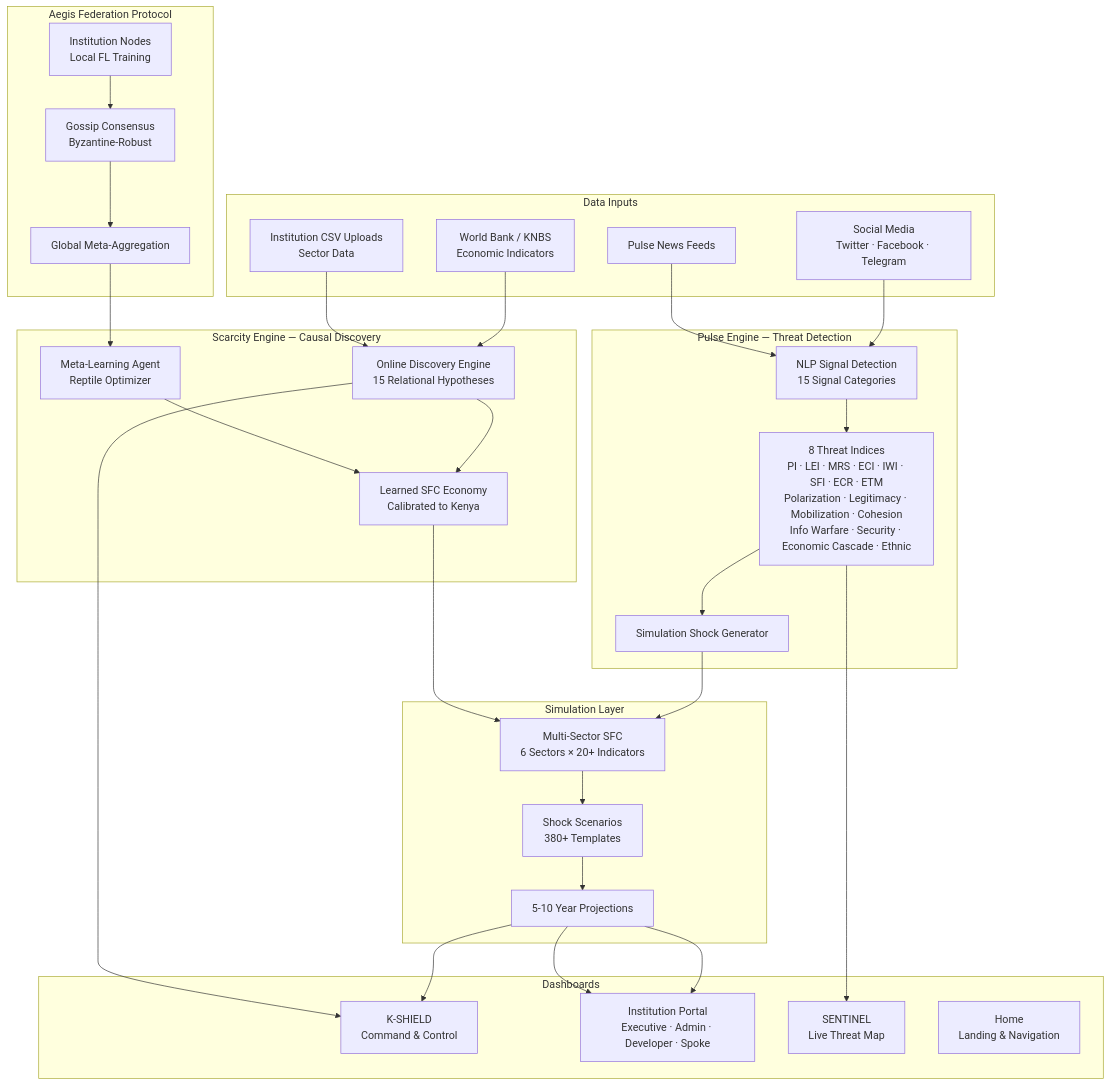
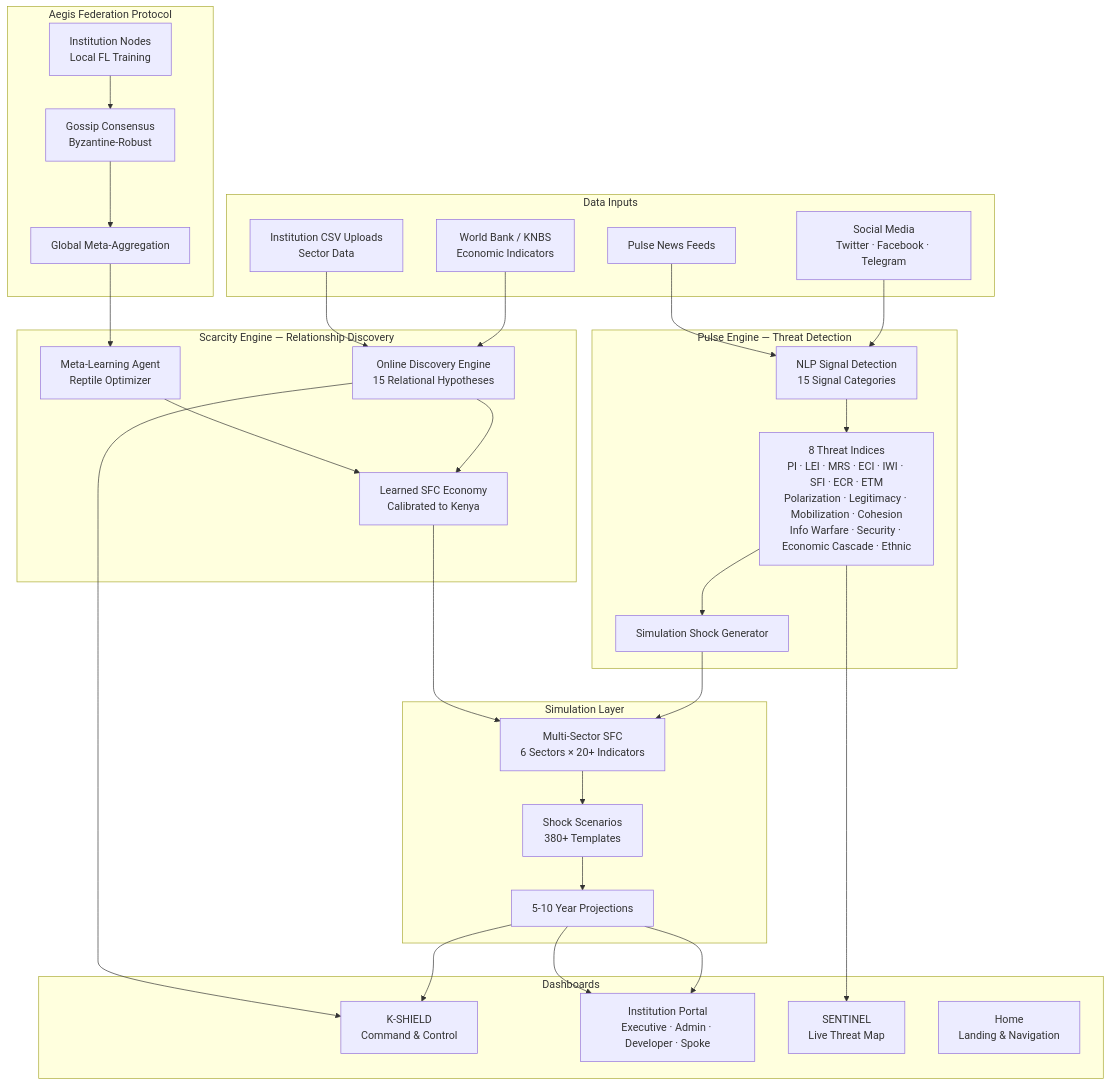
One commit to Omega-Makena/KScarcity changed the diagram in README.md. Above: the diagram before and after it, drawn with Mermaid. The commit also changed other lines of this file, not shown here.

First line of the commit message:
docs: reframe Scarcity Engine section around the hypothesis-survival paradigm

````diff
--- a/README.md
+++ b/README.md
@@ -11,65 +11,65 @@
 ```mermaid
 flowchart TD
     subgraph Inputs["Data Inputs"]
         A1[Social Media\nTwitter · Facebook · Telegram]
         A2[World Bank / KNBS\nEconomic Indicators]
         A3[Institution CSV Uploads\nSector Data]
         A4[Pulse News Feeds]
     end
 
     subgraph Pulse["Pulse Engine — Threat Detection"]
         B1[NLP Signal Detection\n15 Signal Categories]
         B2[8 Threat Indices\nPI · LEI · MRS · ECI · IWI · SFI · ECR · ETM\nPolarization · Legitimacy · Mobilization · Cohesion\nInfo Warfare · Security · Economic Cascade · Ethnic]
         B3[Simulation Shock Generator]
     end
 
-    subgraph Scarcity["Scarcity Engine — Causal Discovery"]
+    subgraph Scarcity["Scarcity Engine — Relationship Discovery"]
         C1[Online Discovery Engine\n15 Relational Hypotheses]
         C2[Learned SFC Economy\nCalibrated to Kenya]
         C3[Meta-Learning Agent\nReptile Optimizer]
     end
 
     subgraph Simulation["Simulation Layer"]
         D1[Multi-Sector SFC\n6 Sectors × 20+ Indicators]
         D2[Shock Scenarios\n380+ Templates]
         D3[5-10 Year Projections]
     end
 
     subgraph Federation["Aegis Federation Protocol"]
         E1[Institution Nodes\nLocal FL Training]
         E2[Gossip Consensus\nByzantine-Robust]
         E3[Global Meta-Aggregation]
     end
 
     subgraph Dashboards["Dashboards"]
         F1[K-SHIELD\nCommand & Control]
         F2[Institution Portal\nExecutive · Admin · Developer · Spoke]
         F3[SENTINEL\nLive Threat Map]
         F4[Home\nLanding & Navigation]
     end
 
     A1 --> B1
     A4 --> B1
     B1 --> B2
     B2 --> B3
     B3 --> D1
 
     A2 --> C1
     A3 --> C1
     C1 --> C2
     C2 --> D1
     C3 --> C2
 
     D1 --> D2
     D2 --> D3
     D3 --> F1
     D3 --> F2
 
     E1 --> E2
     E2 --> E3
     E3 --> C3
 
     B2 --> F3
     D3 --> F2
     C1 --> F1
 ```
````
